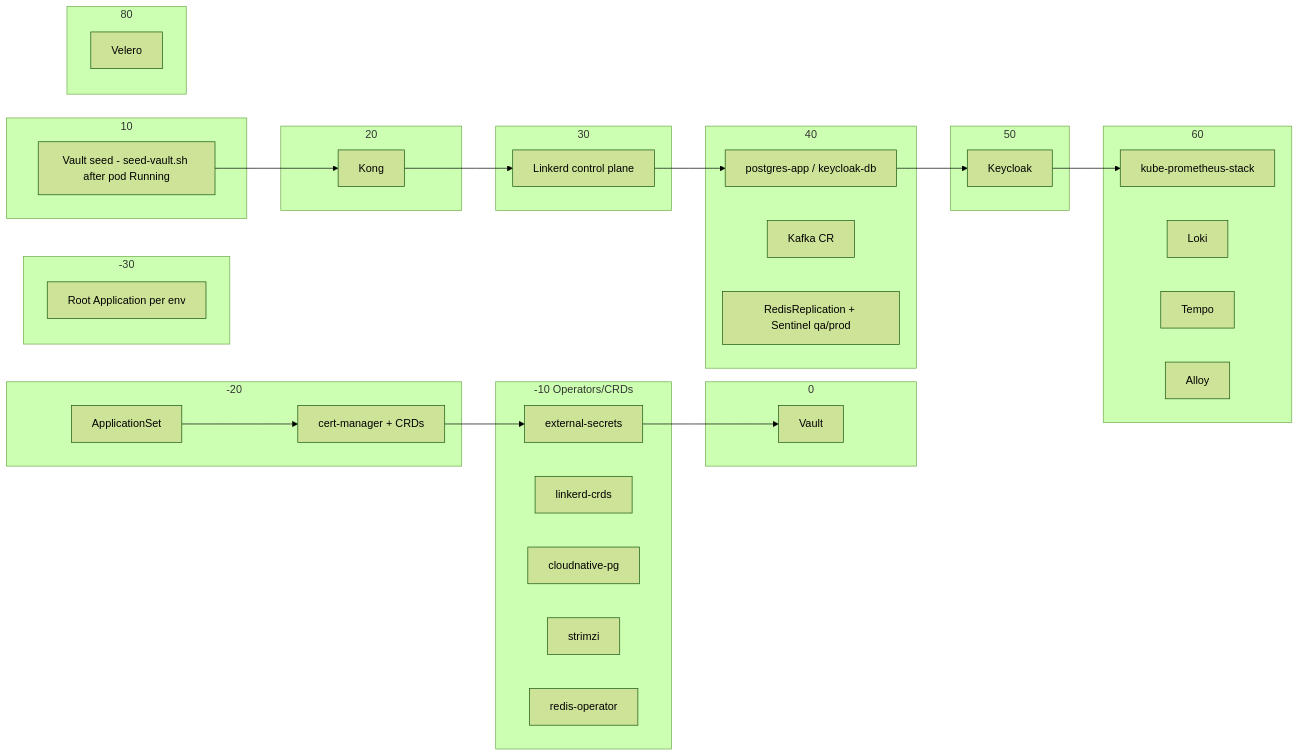
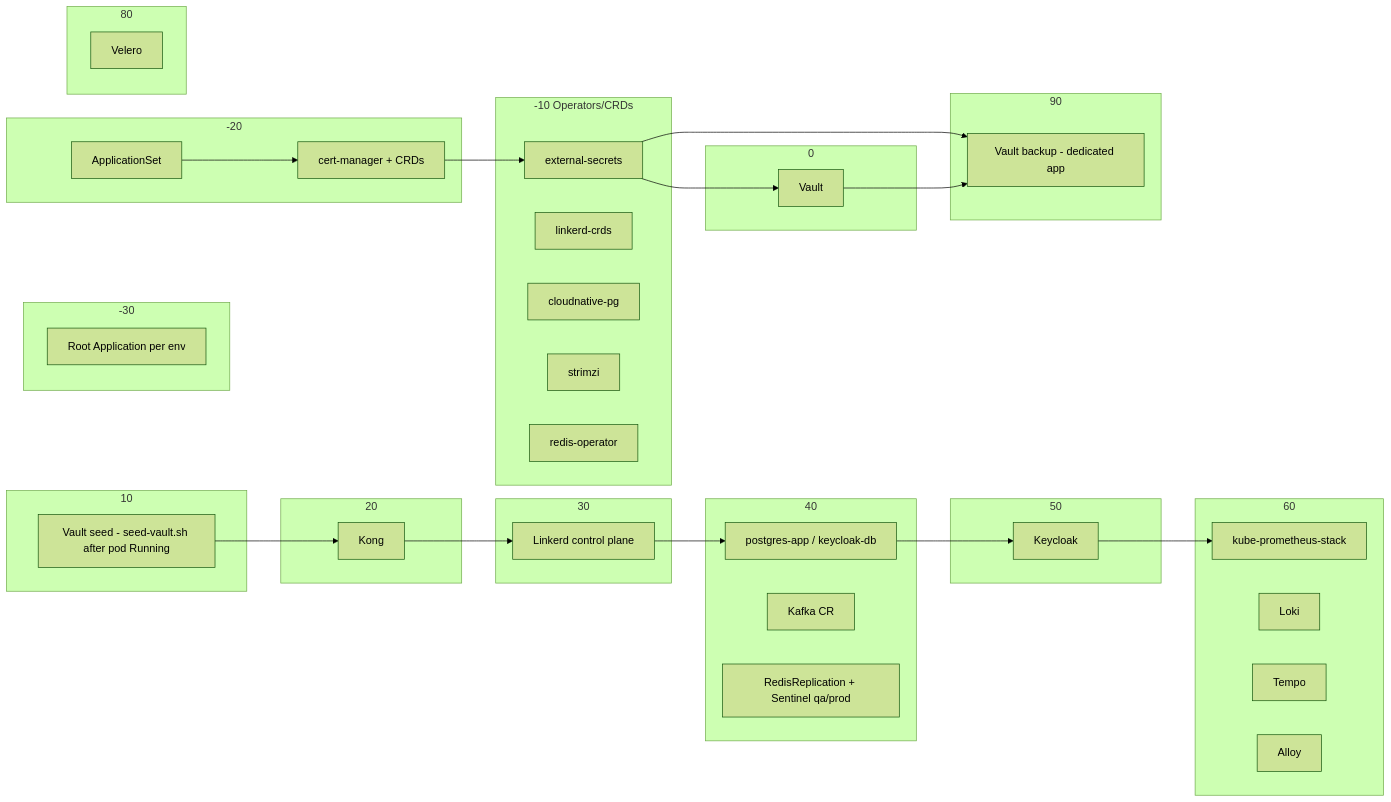
Before and after one commit to sca-templates/infra-kubernetes: the second of 3 diagrams in docs/architecture.md, drawn with Mermaid (forest theme). The commit also changed other lines of this file and 62 other files, not shown here.

````diff
--- a/docs/architecture.md
+++ b/docs/architecture.md
@@ -189,54 +194,59 @@
 ```mermaid
 graph LR
     subgraph W-30["-30"]
         A[Root Application per env]
     end
     subgraph W-20["-20"]
         B[ApplicationSet]
         C[cert-manager + CRDs]
     end
     subgraph W-10["-10 Operators/CRDs"]
         D[external-secrets]
         E[linkerd-crds]
         F[cloudnative-pg]
         G[strimzi]
         H[redis-operator]
     end
     subgraph W0["0"]
         I[Vault]
     end
     subgraph W10["10"]
         J[Vault seed - seed-vault.sh after pod Running]
     end
     subgraph W20["20"]
         K[Kong]
     end
     subgraph W30["30"]
         L[Linkerd control plane]
     end
     subgraph W40["40"]
         M[postgres-app / keycloak-db]
         N[Kafka CR]
         O[RedisReplication + Sentinel qa/prod]
     end
     subgraph W50["50"]
         P[Keycloak]
     end
     subgraph W60["60"]
         Q[kube-prometheus-stack]
         R[Loki]
         S[Tempo]
         T[Alloy]
     end
     subgraph W80["80"]
         V[Velero]
     end
+    subgraph W90["90"]
+        W[Vault backup - dedicated app]
+    end
     B --> C
     C --> D
     D --> I
     J --> K
     K --> L
     L --> M
     M --> P
     P --> Q
+    D --> W
+    I --> W
 ```
````
